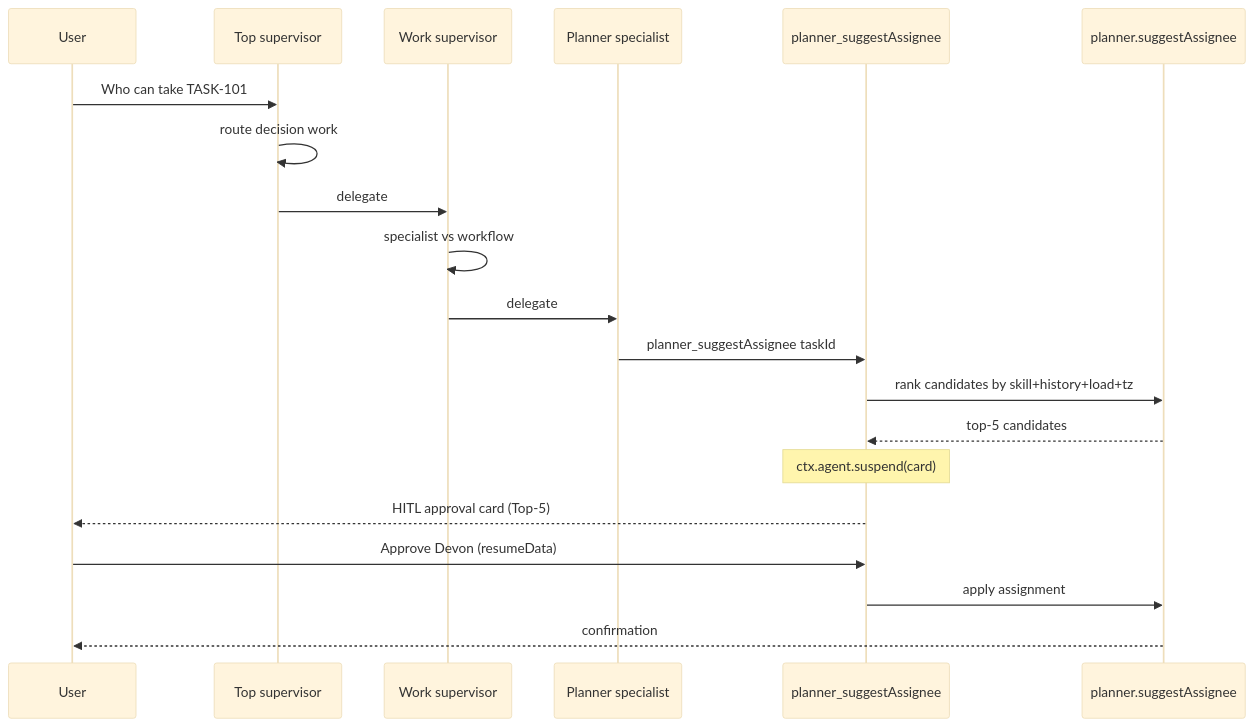
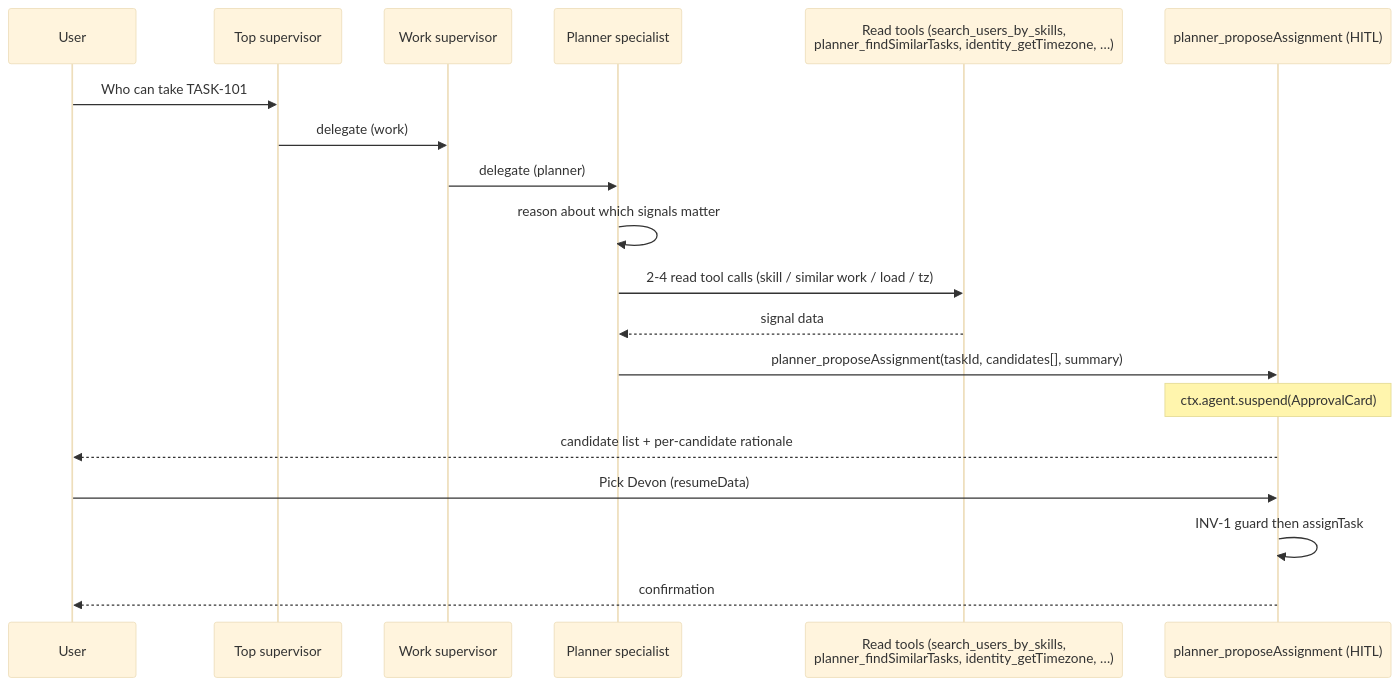
One commit to Seta-International/agent-platform changed the third of 8 diagrams in docs/copilot-architecture.md. Above: the diagram before and after it, drawn with Mermaid (base theme). The commit also changed other lines of this file, not shown here.

````diff
--- a/docs/copilot-architecture.md
+++ b/docs/copilot-architecture.md
@@ -176,23 +182,22 @@
 ```mermaid
 sequenceDiagram
     participant User
     participant Top as Top supervisor
     participant Dom as Work supervisor
     participant Spec as Planner specialist
-    participant Tool as planner_suggestAssignee
-    participant Mod as planner.suggestAssignee
+    participant Reads as Read tools (search_users_by_skills,<br/>planner_findSimilarTasks, identity_getTimezone, …)
+    participant Propose as planner_proposeAssignment (HITL)
 
     User->>Top: Who can take TASK-101
-    Top->>Top: route decision work
-    Top->>Dom: delegate
-    Dom->>Dom: specialist vs workflow
-    Dom->>Spec: delegate
-    Spec->>Tool: planner_suggestAssignee taskId
-    Tool->>Mod: rank candidates by skill+history+load+tz
-    Mod-->>Tool: top-5 candidates
-    Note over Tool: ctx.agent.suspend(card)
-    Tool-->>User: HITL approval card (Top-5)
-    User->>Tool: Approve Devon (resumeData)
-    Tool->>Mod: apply assignment
-    Mod-->>User: confirmation
+    Top->>Dom: delegate (work)
+    Dom->>Spec: delegate (planner)
+    Spec->>Spec: reason about which signals matter
+    Spec->>Reads: 2-4 read tool calls (skill / similar work / load / tz)
+    Reads-->>Spec: signal data
+    Spec->>Propose: planner_proposeAssignment(taskId, candidates[], summary)
+    Note over Propose: ctx.agent.suspend(ApprovalCard)
+    Propose-->>User: candidate list + per-candidate rationale
+    User->>Propose: Pick Devon (resumeData)
+    Propose->>Propose: INV-1 guard then assignTask
+    Propose-->>User: confirmation
 ```
````
